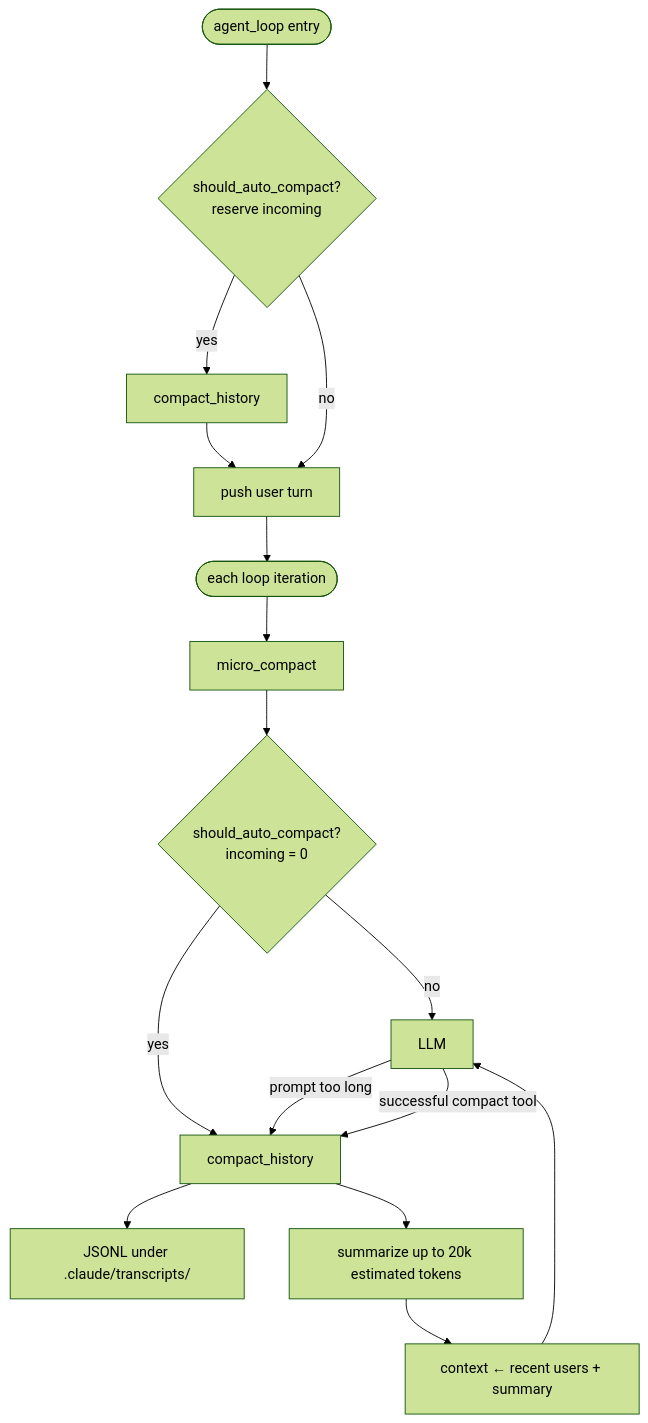
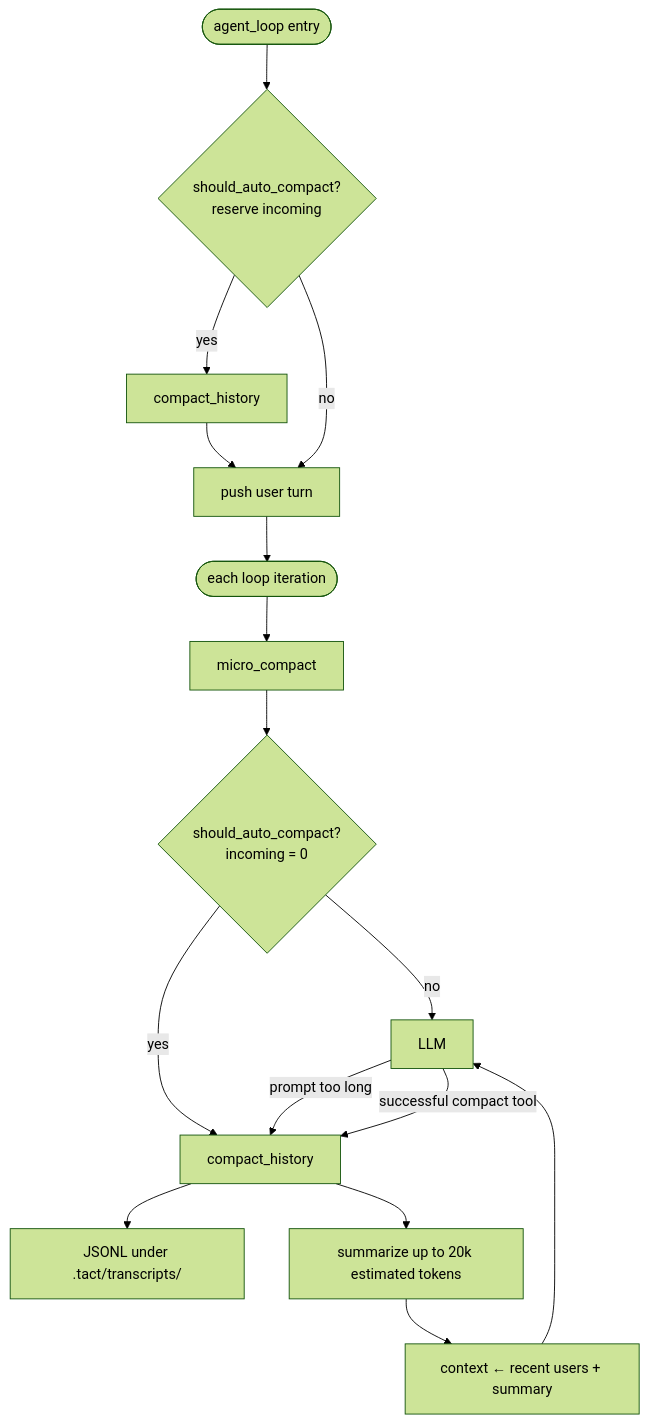
The diagram in docs/compaction.md (rust-infra/tact), drawn with Mermaid (forest theme) before and after one commit. The commit also changed other lines of this file and 83 other files, not shown here.

````diff
--- a/docs/compaction.md
+++ b/docs/compaction.md
@@ -13,18 +13,18 @@
 ```mermaid
 flowchart TB
     Entry([agent_loop entry]) --> EntryEst{should_auto_compact?<br/>reserve incoming}
     EntryEst -->|yes| EntryCH[compact_history]
     EntryCH --> Push[push user turn]
     EntryEst -->|no| Push
     Push --> Turn([each loop iteration])
     Turn --> MC[micro_compact]
     MC --> Est{should_auto_compact?<br/>incoming = 0}
     Est -->|no| Prompt[LLM]
     Est -->|yes| CH[compact_history]
     Prompt -->|prompt too long| CH
     Prompt -->|successful compact tool| CH
-    CH --> Transcript[JSONL under .claude/transcripts/]
+    CH --> Transcript[JSONL under .tact/transcripts/]
     CH --> Sum[summarize up to 20k estimated tokens]
     Sum --> Replace[context ← recent users + summary]
     Replace --> Prompt
 ```
````
